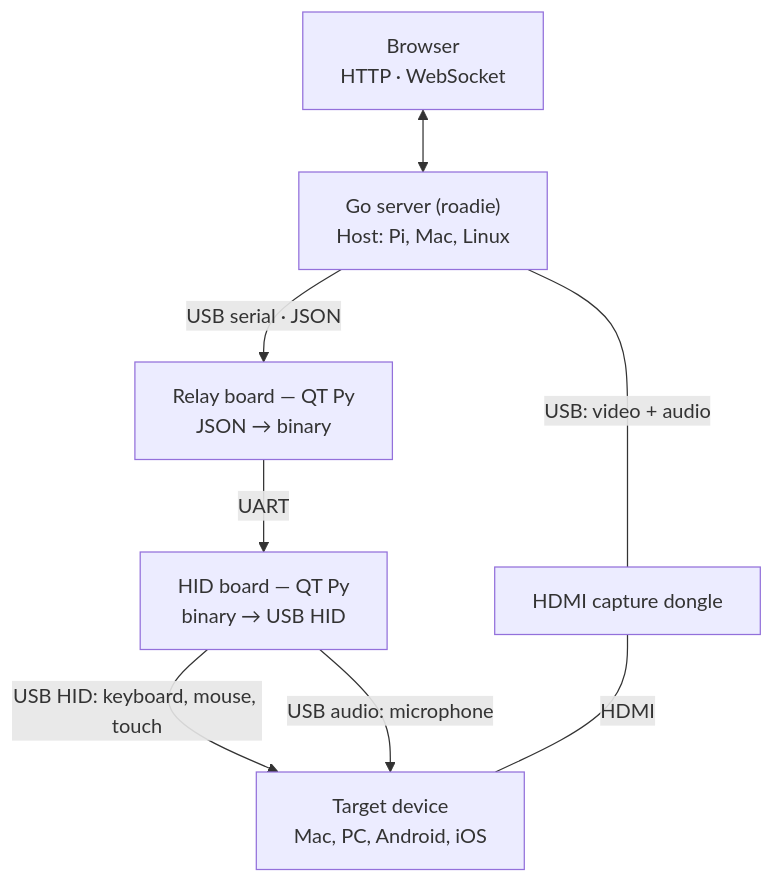
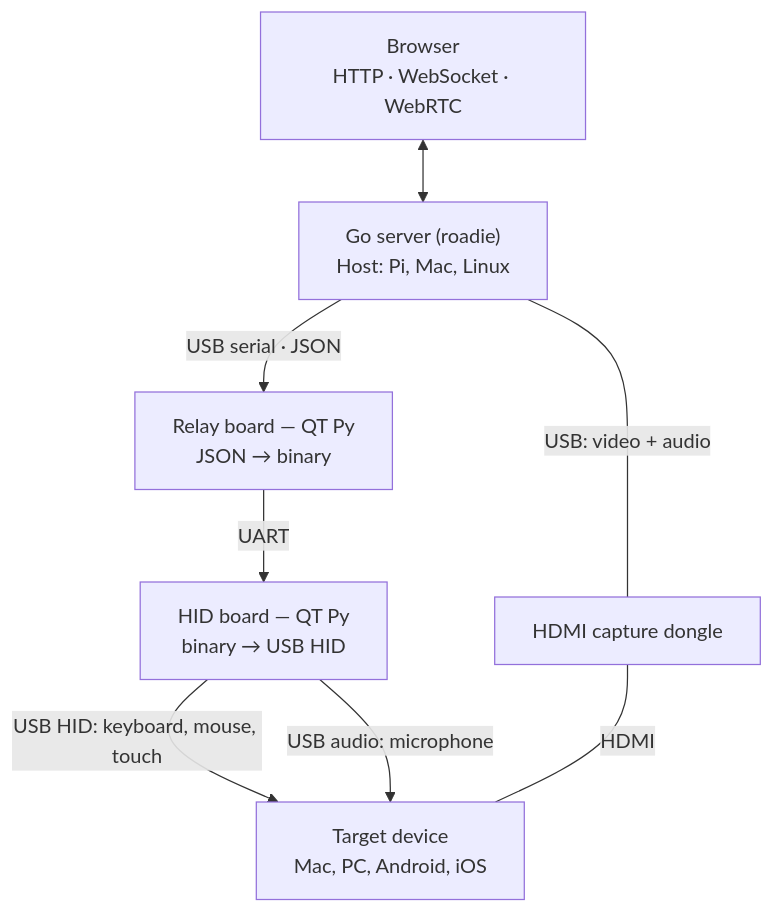
The second of 2 diagrams in README.md (VibiumDev/roadie), drawn with Mermaid before and after one commit. The commit also changed other lines of this file, not shown here.

````diff
--- a/README.md
+++ b/README.md
@@ -26,17 +51,17 @@
 ```mermaid
 flowchart TB
-    B["Browser<br/>HTTP · WebSocket"]
+    B["Browser<br/>HTTP · WebSocket · WebRTC"]
     S["Go server (roadie)<br/>Host: Pi, Mac, Linux"]
     R["Relay board — QT Py<br/>JSON → binary"]
     H["HID board — QT Py<br/>binary → USB HID"]
     D["HDMI capture dongle"]
     T["Target device<br/>Mac, PC, Android, iOS"]
 
     B <--> S
     S -- "USB serial · JSON" --> R
     S ---|"USB: video + audio"| D
     R -- "UART" --> H
     H -- "USB HID: keyboard, mouse, touch" --> T
     H -- "USB audio: microphone" --> T
     D ---|"HDMI"| T
 ```
````
